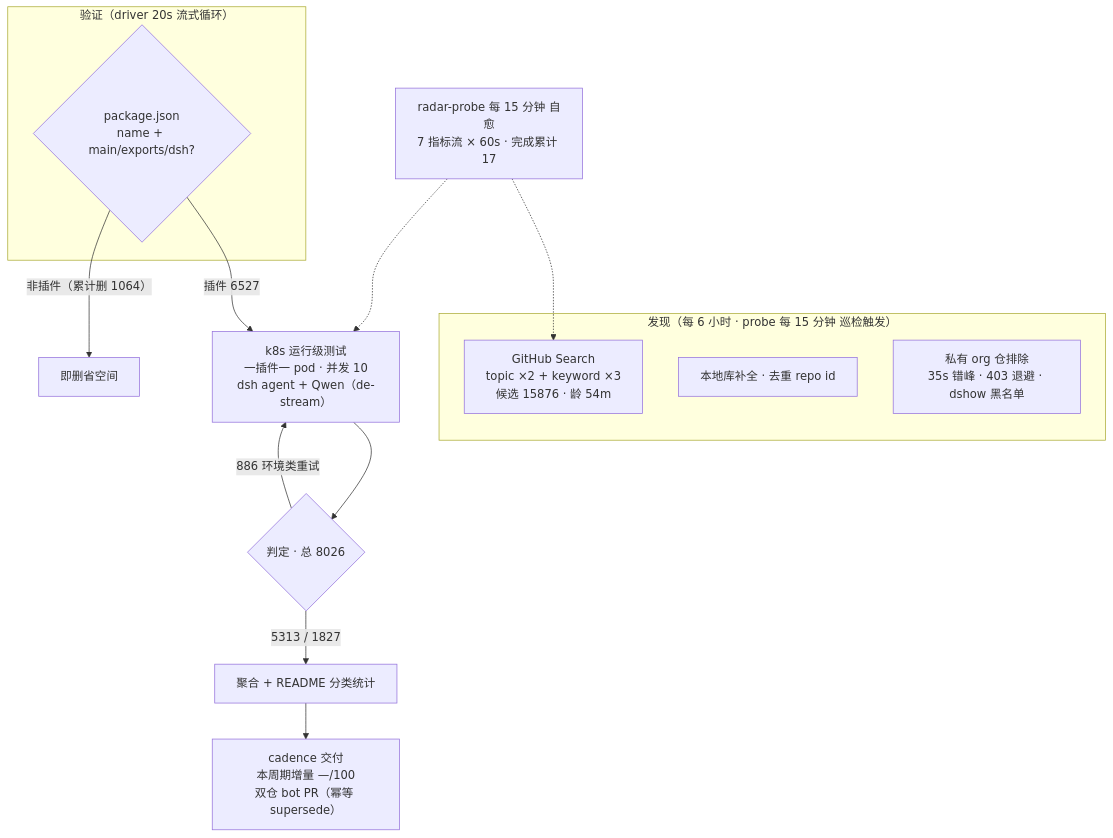
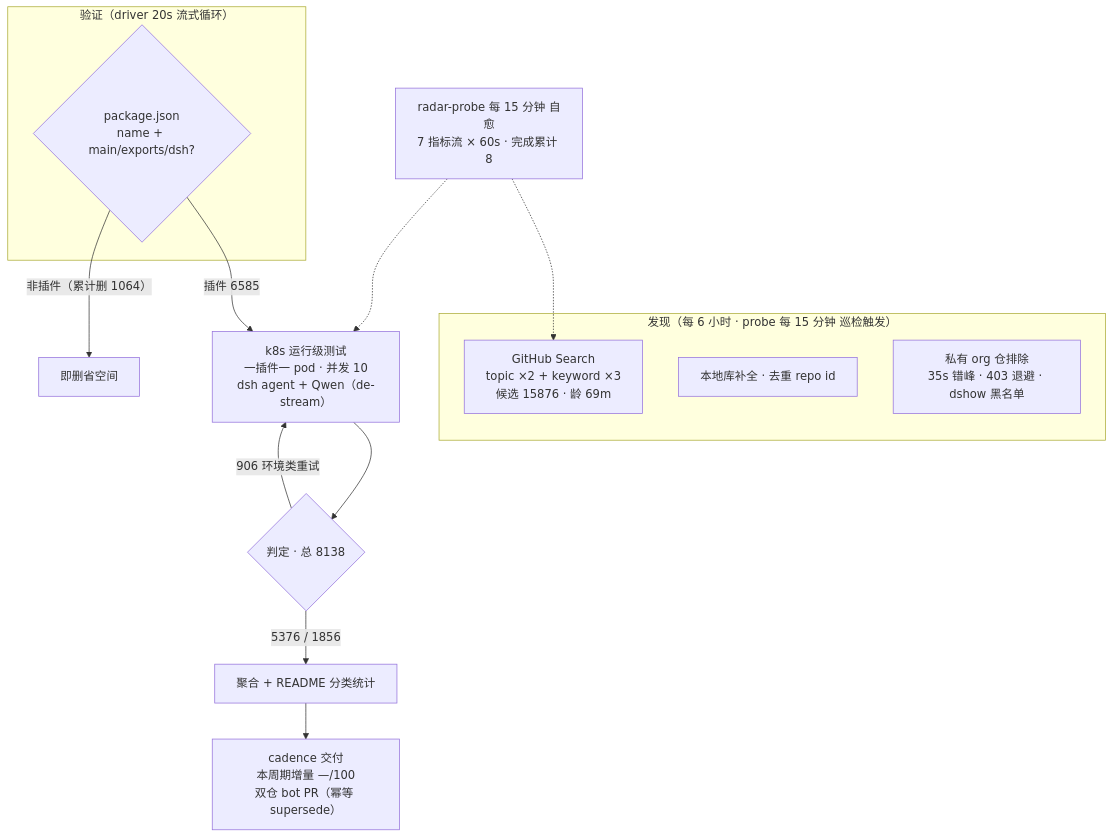
Before and after one commit to Zhidao-Lab-OSS/awesome-dsh-plugins: the diagram in README.md, drawn with Mermaid. The commit also changed other lines of this file and 1 other file, not shown here.

````diff
--- a/README.md
+++ b/README.md
@@ -37,20 +37,20 @@
 ```mermaid
 flowchart TB
     subgraph Discovery["发现（每 6 小时 · probe 每 15 分钟 巡检触发）"]
-        A1["GitHub Search<br/>topic ×2 + keyword ×3<br/>候选 15876 · 龄 54m"]
+        A1["GitHub Search<br/>topic ×2 + keyword ×3<br/>候选 15876 · 龄 69m"]
         A2["本地库补全 · 去重 repo id"]
         A3["私有 org 仓排除<br/>35s 错峰 · 403 退避 · dshow 黑名单"]
     end
     subgraph Validation["验证（driver 20s 流式循环）"]
         B1{"package.json<br/>name + main/exports/dsh?"}
     end
-    B1 -->|"插件 6527"| C1["k8s 运行级测试<br/>一插件一 pod · 并发 10<br/>dsh agent + Qwen（de-stream）"]
+    B1 -->|"插件 6585"| C1["k8s 运行级测试<br/>一插件一 pod · 并发 10<br/>dsh agent + Qwen（de-stream）"]
     B1 -->|"非插件（累计删 1064）"| B3["即删省空间"]
-    C1 --> D1{"判定 · 总 8026"}
-    D1 -->|"5313 / 1827"| E1["聚合 + README 分类统计"]
-    D1 -->|"886 环境类重试"| C1
+    C1 --> D1{"判定 · 总 8138"}
+    D1 -->|"5376 / 1856"| E1["聚合 + README 分类统计"]
+    D1 -->|"906 环境类重试"| C1
     E1 --> E2["cadence 交付<br/>本周期增量 —/100<br/>双仓 bot PR（幂等 supersede）"]
-    M["radar-probe 每 15 分钟 自愈<br/>7 指标流 × 60s · 完成累计 17"]
+    M["radar-probe 每 15 分钟 自愈<br/>7 指标流 × 60s · 完成累计 8"]
     M -.-> A1
     M -.-> C1
 ```
````
